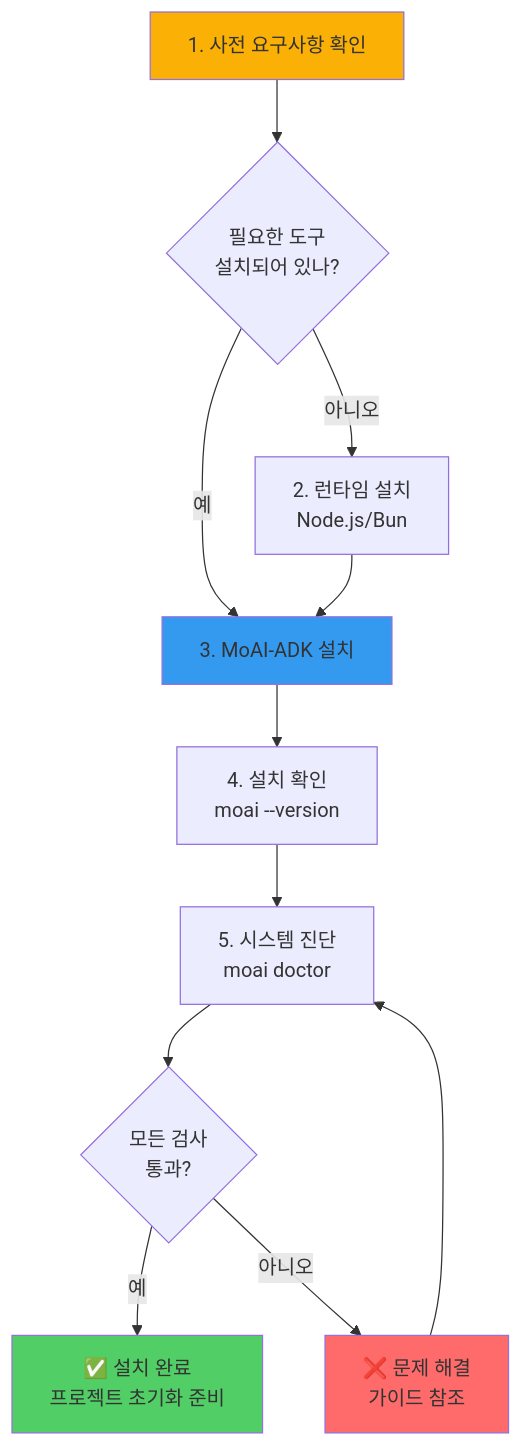
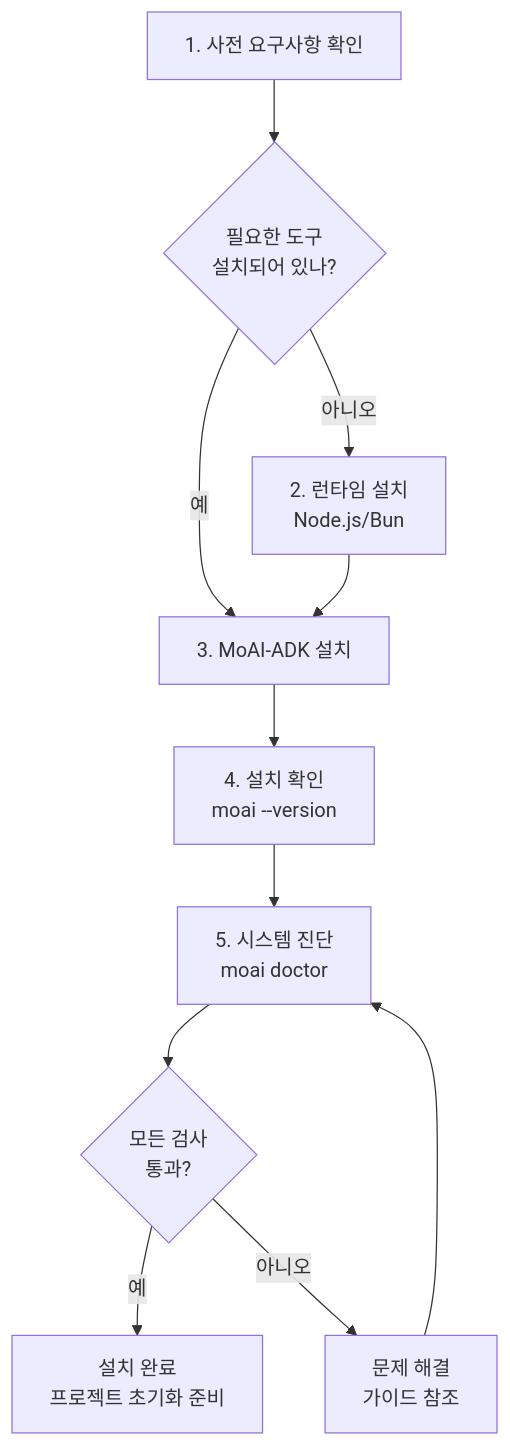
One commit to modu-ai/moai-adk changed the first of 2 diagrams in docs/getting-started/installation.md. Above: the diagram before and after it, drawn with Mermaid. The commit also changed other lines of this file and 299 other files, not shown here.

First line of the commit message:
🎨 feat: Mermaid 다크/라이트 테마 대응 + trust-checker 통합

````diff
--- a/docs/getting-started/installation.md
+++ b/docs/getting-started/installation.md
@@ -7,18 +7,14 @@
 ```mermaid
 graph TD
     A[1. 사전 요구사항 확인] --> B{필요한 도구<br/>설치되어 있나?}
     B -->|아니오| C[2. 런타임 설치<br/>Node.js/Bun]
     B -->|예| D[3. MoAI-ADK 설치]
     C --> D
     D --> E[4. 설치 확인<br/>moai --version]
     E --> F[5. 시스템 진단<br/>moai doctor]
     F --> G{모든 검사<br/>통과?}
-    G -->|예| H[✅ 설치 완료<br/>프로젝트 초기화 준비]
-    G -->|아니오| I[❌ 문제 해결<br/>가이드 참조]
+    G -->|예| H[설치 완료<br/>프로젝트 초기화 준비]
+    G -->|아니오| I[문제 해결<br/>가이드 참조]
     I --> F
 
-    style A fill:#fab005
-    style D fill:#339af0
-    style H fill:#51cf66
-    style I fill:#ff6b6b
 ```
````
